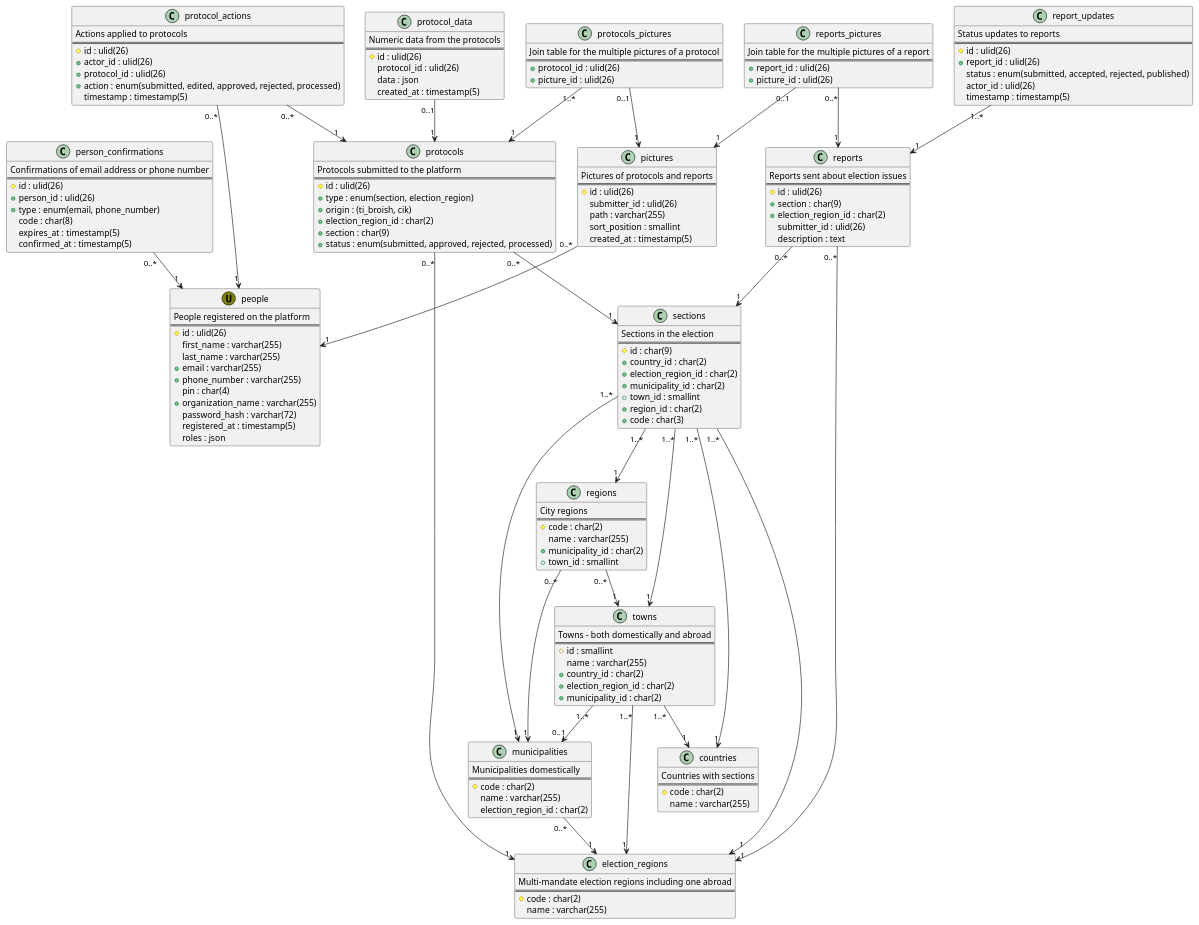
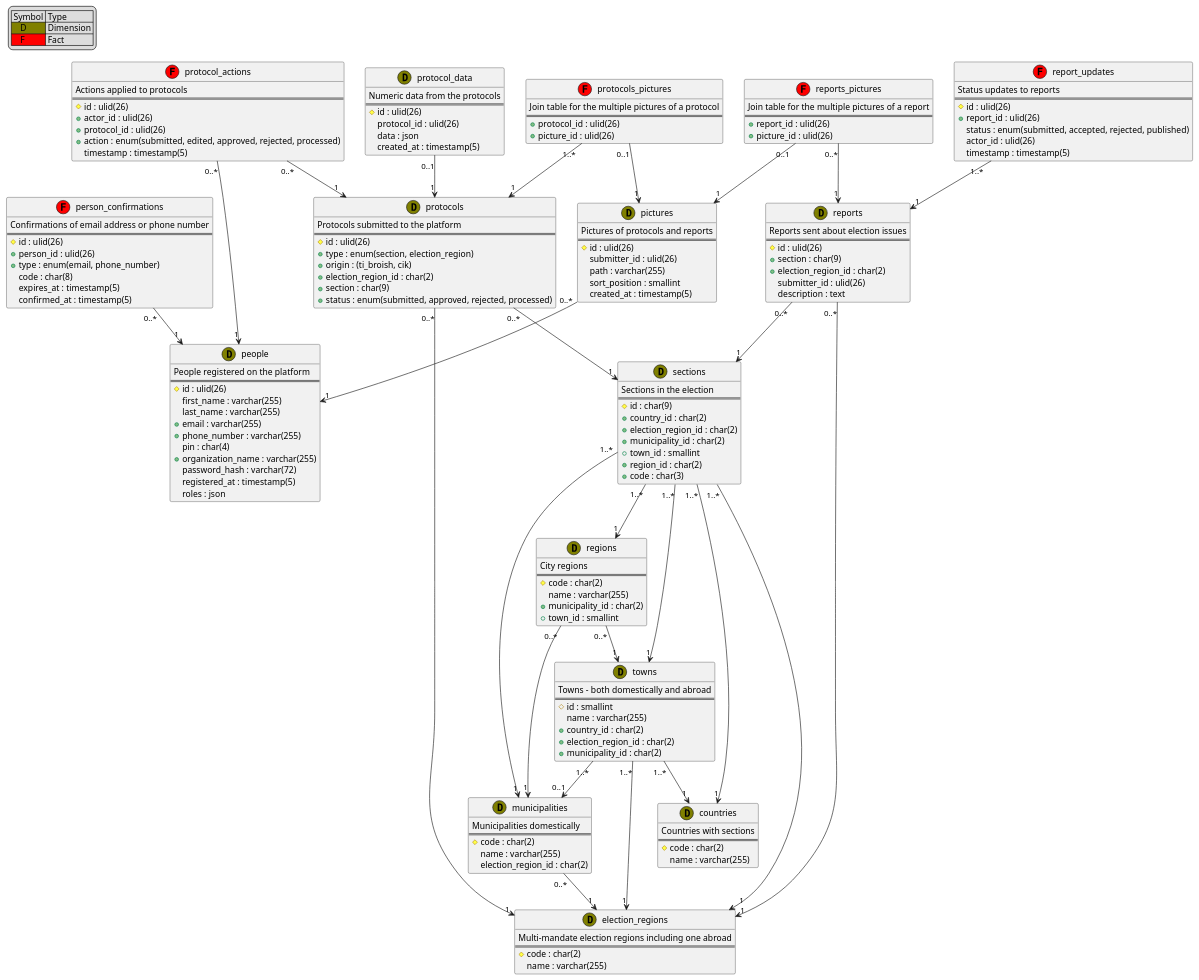
Before and after one commit to ti-broish/docs: the diagram in src/Контекст/Ти Броиш/База Данни/1.database.puml, drawn with PlantUML.

Commit message:
Add legend for dimensions and facts

```diff
--- a/src/Контекст/Ти Броиш/База Данни/1.database.puml
+++ b/src/Контекст/Ти Броиш/База Данни/1.database.puml
@@ -1,194 +1,200 @@
 @startuml database
 
-class people <<(U,olive)>> {
+legend top left
+    | Symbol | Type |
+    |<#808000>    D| Dimension |
+    |<#FF0000>    F| Fact |
+end legend
+
+class people <<(D,olive)>> {
   People registered on the platform
   ==
   #id : ulid(26)
   first_name : varchar(255)
   last_name : varchar(255)
   +email : varchar(255)
   +phone_number : varchar(255)
   pin : char(4)
   +organization_name : varchar(255)
   password_hash : varchar(72)
   registered_at : timestamp(5)
   roles : json
 }
 
 person_confirmations "0..*" --> "1" people
 
-class person_confirmations {
+class person_confirmations <<(F,red)>> {
     Confirmations of email address or phone number
     ==
     #id : ulid(26)
     +person_id : ulid(26)
     +type : enum(email, phone_number)
     code : char(8)
     expires_at : timestamp(5)
     confirmed_at : timestamp(5)
 }
 
-class sections {
+class sections <<(D,olive)>> {
     Sections in the election
     ==
     #id : char(9)
     +country_id : char(2)
     +election_region_id : char(2)
     +municipality_id : char(2)
     +town_id : smallint
     +region_id : char(2)
     +code : char(3)
 }
 
 sections "1..*" --> "1" countries
 sections "1..*" --> "1" election_regions
 sections "1..*" --> "1" municipalities
 sections "1..*" --> "1" regions
 sections "1..*" --> "1" towns
 
-class protocols {
+class protocols <<(D,olive)>> {
     Protocols submitted to the platform
     ==
     #id : ulid(26)
     +type : enum(section, election_region)
     +origin : (ti_broish, cik)
     +election_region_id : char(2)
     +section : char(9)
     +status : enum(submitted, approved, rejected, processed)
 }
 
 protocols "0..*" --> "1" sections
 protocols "0..*" --> "1" election_regions
 
-class protocol_data {
+class protocol_data <<(D,olive)>> {
     Numeric data from the protocols
     ==
     #id : ulid(26)
     protocol_id : ulid(26)
     data : json
     created_at : timestamp(5)
 }
 
 protocol_data "0..1" --> "1" protocols
 
-class protocol_actions {
+class protocol_actions <<(F,red)>> {
     Actions applied to protocols
     ==
     #id : ulid(26)
     +actor_id : ulid(26)
     +protocol_id : ulid(26)
     +action : enum(submitted, edited, approved, rejected, processed)
     timestamp : timestamp(5)
 }
 
 protocol_actions "0..*" --> "1" protocols
 protocol_actions "0..*" --> "1" people
 
-class reports {
+class reports <<(D,olive)>> {
     Reports sent about election issues
     ==
     #id : ulid(26)
     +section : char(9)
     +election_region_id : char(2)
     submitter_id : ulid(26)
     description : text
 }
 
 reports "0..*" --> "1" sections
 reports "0..*" --> "1" election_regions
 
-class report_updates {
+class report_updates <<(F,red)>> {
     Status updates to reports
     ==
     #id : ulid(26)
     +report_id : ulid(26)
     status : enum(submitted, accepted, rejected, published)
     actor_id : ulid(26)
     timestamp : timestamp(5)
 }
 
 report_updates "1..*" --> "1" reports
 
-class pictures {
+class pictures <<(D,olive)>> {
     Pictures of protocols and reports
     ==
     #id : ulid(26)
     submitter_id : ulid(26)
     path : varchar(255)
     sort_position : smallint
     created_at : timestamp(5)
 }
 
 pictures "0..*" --> "1" people
 
-class reports_pictures {
+class reports_pictures <<(F,red)>> {
     Join table for the multiple pictures of a report
     ==
     +report_id : ulid(26)
     +picture_id : ulid(26)
 }
 
 reports_pictures "0..1" --> "1" pictures
 reports_pictures "0..*" --> "1" reports
 
-class protocols_pictures {
+class protocols_pictures <<(F,red)>> {
     Join table for the multiple pictures of a protocol
     ==
     +protocol_id : ulid(26)
     +picture_id : ulid(26)
 }
 
 protocols_pictures "0..1" --> "1" pictures
 protocols_pictures "1..*" --> "1" protocols
 
-class election_regions {
+class election_regions <<(D,olive)>> {
     Multi-mandate election regions including one abroad
     ==
     #code : char(2)
     name : varchar(255)
 }
 
-class countries {
+class countries <<(D,olive)>> {
     Countries with sections
     ==
     #code : char(2)
     name : varchar(255)
 }
 
-class municipalities {
+class municipalities <<(D,olive)>> {
     Municipalities domestically
     ==
     #code : char(2)
     name : varchar(255)
     election_region_id : char(2)
 }
 
 municipalities "0..*" --> "1" election_regions
 
-class towns {
+class towns <<(D,olive)>> {
     Towns - both domestically and abroad
     ==
     #id : smallint
     name : varchar(255)
     +country_id : char(2)
     +election_region_id : char(2)
     +municipality_id : char(2)
 }
 
 towns "1..*" --> "1" countries
 towns "1..*" --> "1" election_regions
 towns "1..*" --> "0..1" municipalities
 
-class regions {
+class regions <<(D,olive)>> {
     City regions
     ==
     #code : char(2)
     name : varchar(255)
     +municipality_id : char(2)
     +town_id : smallint
 }
 
 regions "0..*" --> "1" municipalities
 regions "0..*" --> "1" towns
 
 @enduml
```
